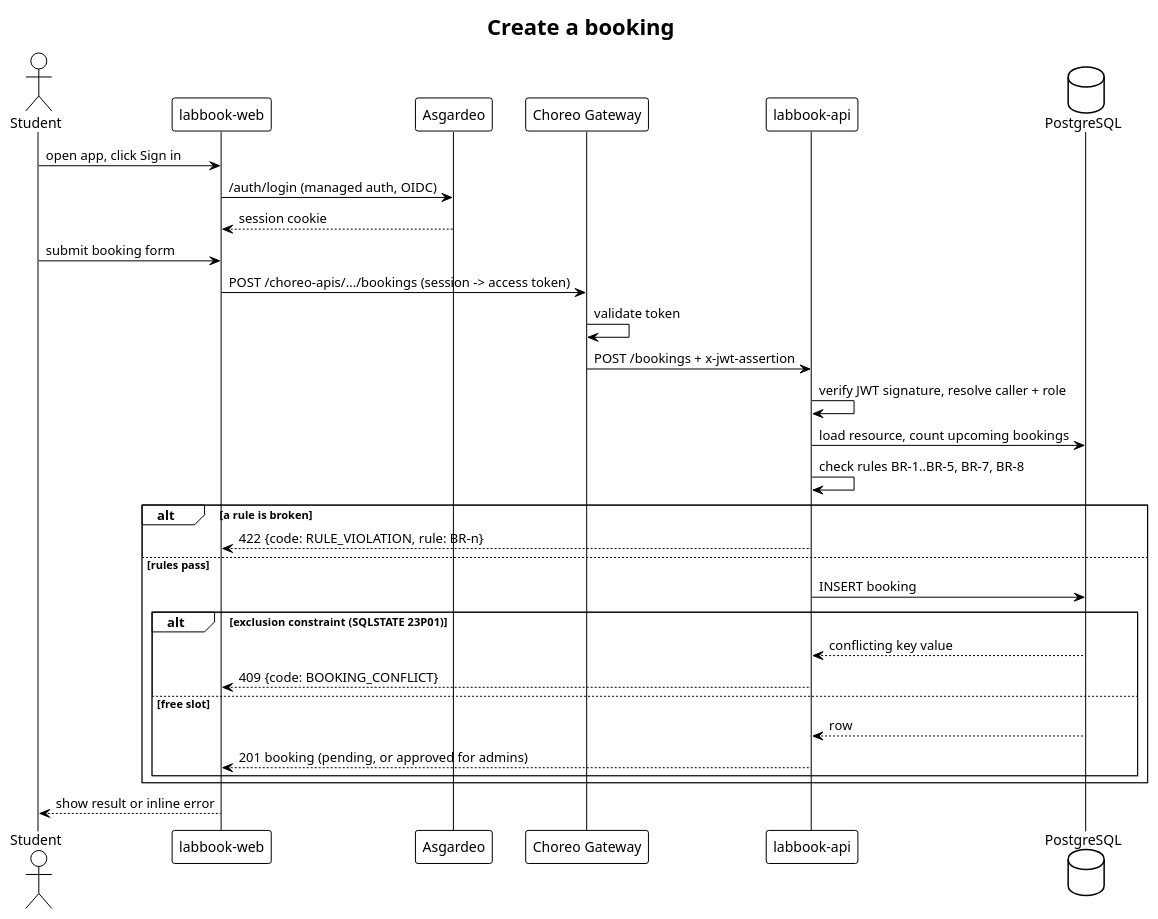
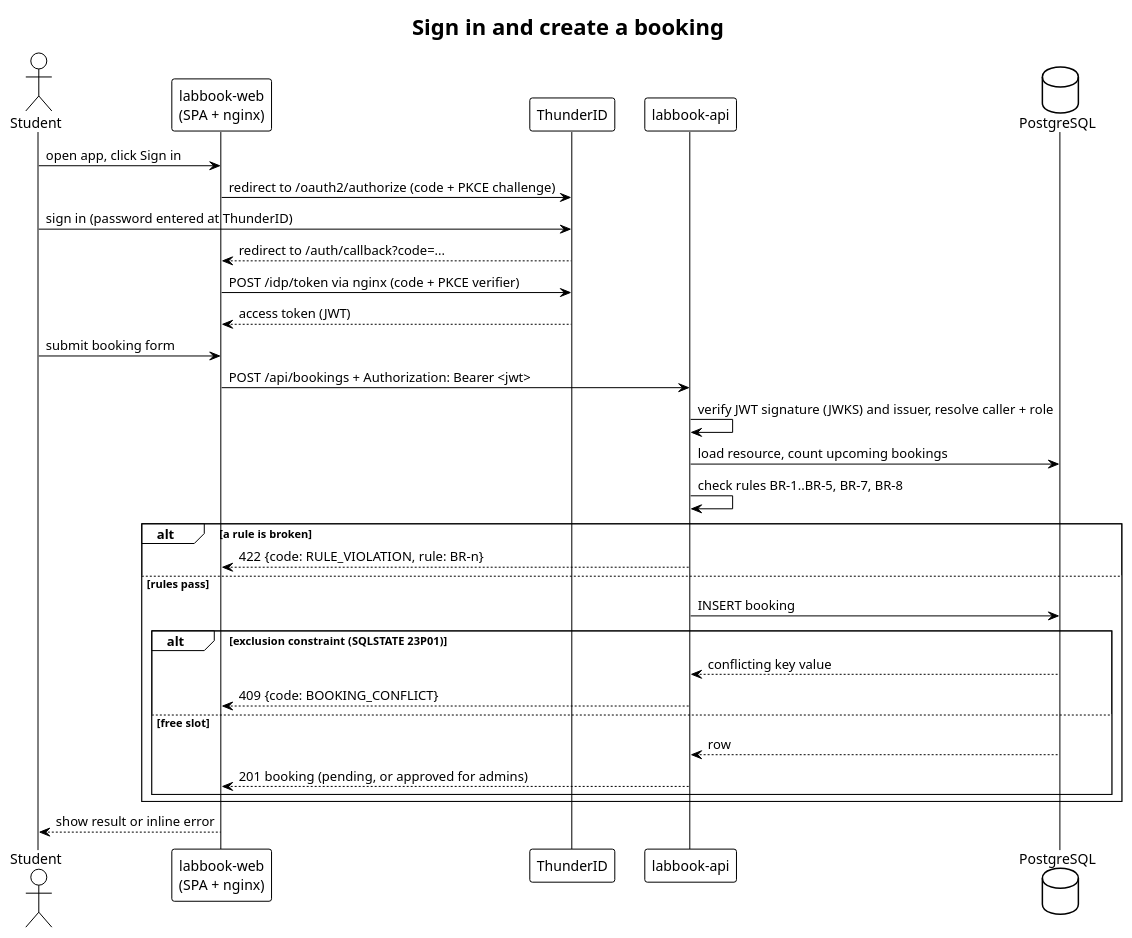
Before and after one commit to PulithThewmika/labbook: the diagram in docs/diagrams/seq-create-booking.puml, drawn with PlantUML. The commit also changed 32 other files, not shown here.

First line of the commit message:
Target OpenChoreo and ThunderID only (#19)

```diff
--- a/docs/diagrams/seq-create-booking.puml
+++ b/docs/diagrams/seq-create-booking.puml
@@ -1,35 +1,35 @@
 @startuml seq-create-booking
 !theme plain
-title Create a booking
+title Sign in and create a booking
 
 actor Student
-participant "labbook-web" as Web
-participant "Asgardeo" as IDP
-participant "Choreo Gateway" as GW
+participant "labbook-web\n(SPA + nginx)" as Web
+participant "ThunderID" as IDP
 participant "labbook-api" as API
 database PostgreSQL as DB
 
 Student -> Web : open app, click Sign in
-Web -> IDP : /auth/login (managed auth, OIDC)
-IDP --> Web : session cookie
+Web -> IDP : redirect to /oauth2/authorize (code + PKCE challenge)
+Student -> IDP : sign in (password entered at ThunderID)
+IDP --> Web : redirect to /auth/callback?code=...
+Web -> IDP : POST /idp/token via nginx (code + PKCE verifier)
+IDP --> Web : access token (JWT)
 Student -> Web : submit booking form
-Web -> GW : POST /choreo-apis/.../bookings (session -> access token)
-GW -> GW : validate token
-GW -> API : POST /bookings + x-jwt-assertion
-API -> API : verify JWT signature, resolve caller + role
+Web -> API : POST /api/bookings + Authorization: Bearer <jwt>
+API -> API : verify JWT signature (JWKS) and issuer, resolve caller + role
 API -> DB : load resource, count upcoming bookings
 API -> API : check rules BR-1..BR-5, BR-7, BR-8
 alt a rule is broken
   API --> Web : 422 {code: RULE_VIOLATION, rule: BR-n}
 else rules pass
   API -> DB : INSERT booking
   alt exclusion constraint (SQLSTATE 23P01)
     DB --> API : conflicting key value
     API --> Web : 409 {code: BOOKING_CONFLICT}
   else free slot
     DB --> API : row
     API --> Web : 201 booking (pending, or approved for admins)
   end
 end
 Web --> Student : show result or inline error
 @enduml
```
